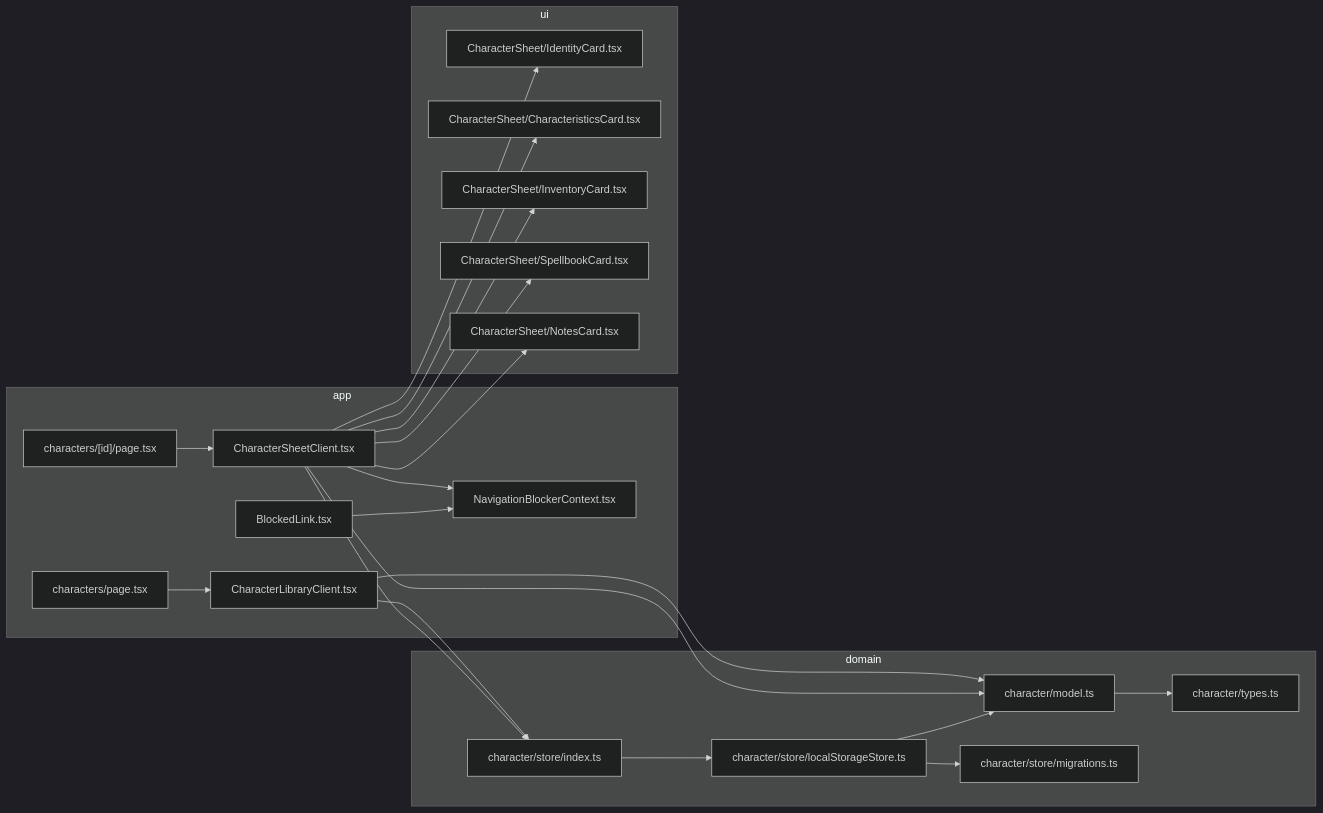
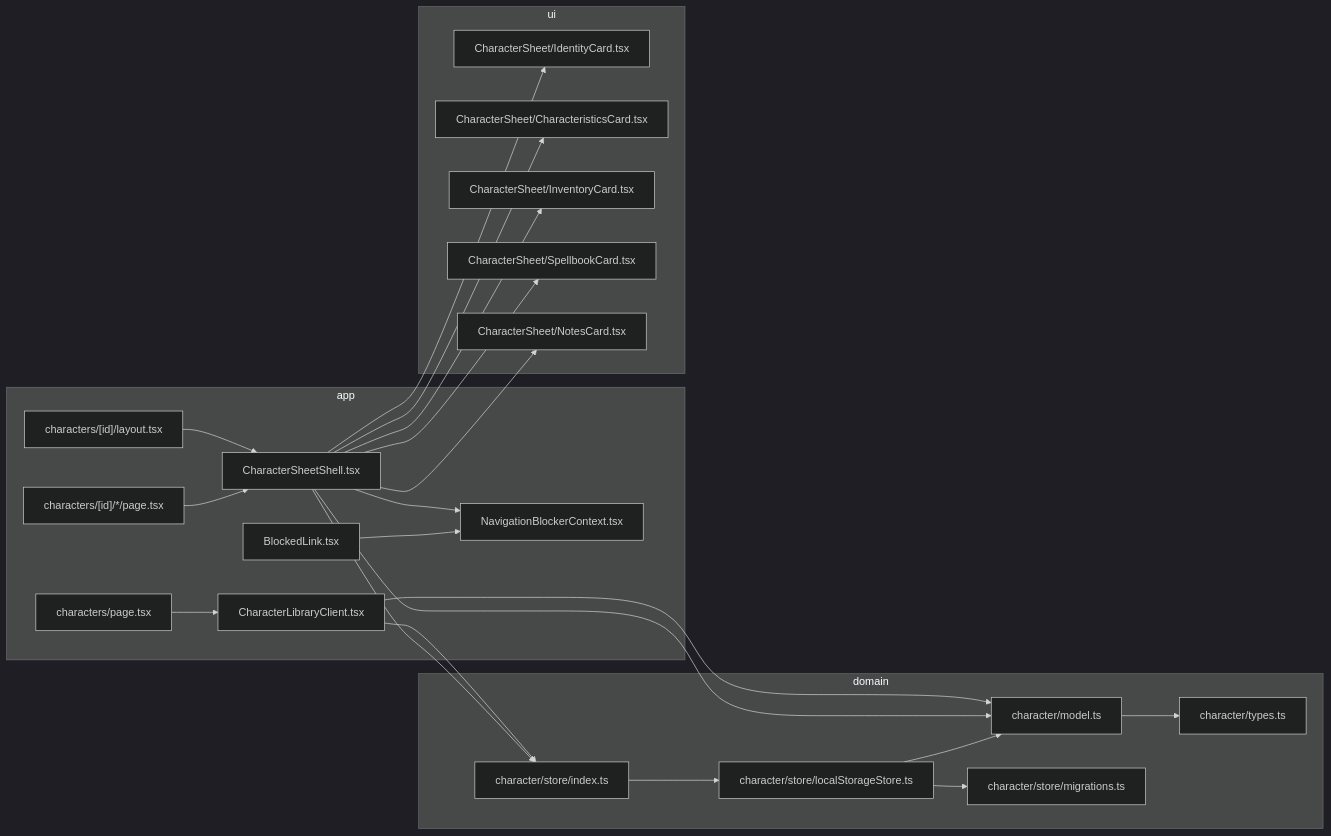
Before and after one commit to KittyGiraudel/ProMe: the diagram in docs/character-manager.md, drawn with Mermaid (dark theme). The commit also changed other lines of this file and 42 other files, not shown here.

Commit message:
Rework the whole character sheet layout and navigation

````diff
--- a/docs/character-manager.md
+++ b/docs/character-manager.md
@@ -86,42 +86,44 @@
 ```mermaid
 flowchart LR
   subgraph app
     listPage["characters/page.tsx"]
     listClient["CharacterLibraryClient.tsx"]
-    sheetPage["characters/[id]/page.tsx"]
-    sheetClient["CharacterSheetClient.tsx"]
+    sheetLayout["characters/[id]/layout.tsx"]
+    sheetTabPages["characters/[id]/*/page.tsx"]
+    sheetClient["CharacterSheetShell.tsx"]
     navCtx["NavigationBlockerContext.tsx"]
     blocked["BlockedLink.tsx"]
   end
   subgraph domain
     model["character/model.ts"]
     types["character/types.ts"]
     store["character/store/localStorageStore.ts"]
     mig["character/store/migrations.ts"]
     storeIdx["character/store/index.ts"]
   end
   subgraph ui
     identity["CharacterSheet/IdentityCard.tsx"]
     chars["CharacterSheet/CharacteristicsCard.tsx"]
     inventory["CharacterSheet/InventoryCard.tsx"]
     spells["CharacterSheet/SpellbookCard.tsx"]
     notes["CharacterSheet/NotesCard.tsx"]
   end
   listPage --> listClient
-  sheetPage --> sheetClient
+  sheetLayout --> sheetClient
+  sheetTabPages --> sheetClient
   listClient --> storeIdx
   listClient --> model
   sheetClient --> storeIdx
   sheetClient --> model
   sheetClient --> navCtx
   blocked --> navCtx
   sheetClient --> identity
   sheetClient --> chars
   sheetClient --> inventory
   sheetClient --> spells
   sheetClient --> notes
   storeIdx --> store
   store --> mig
   store --> model
   model --> types
 ```
````
